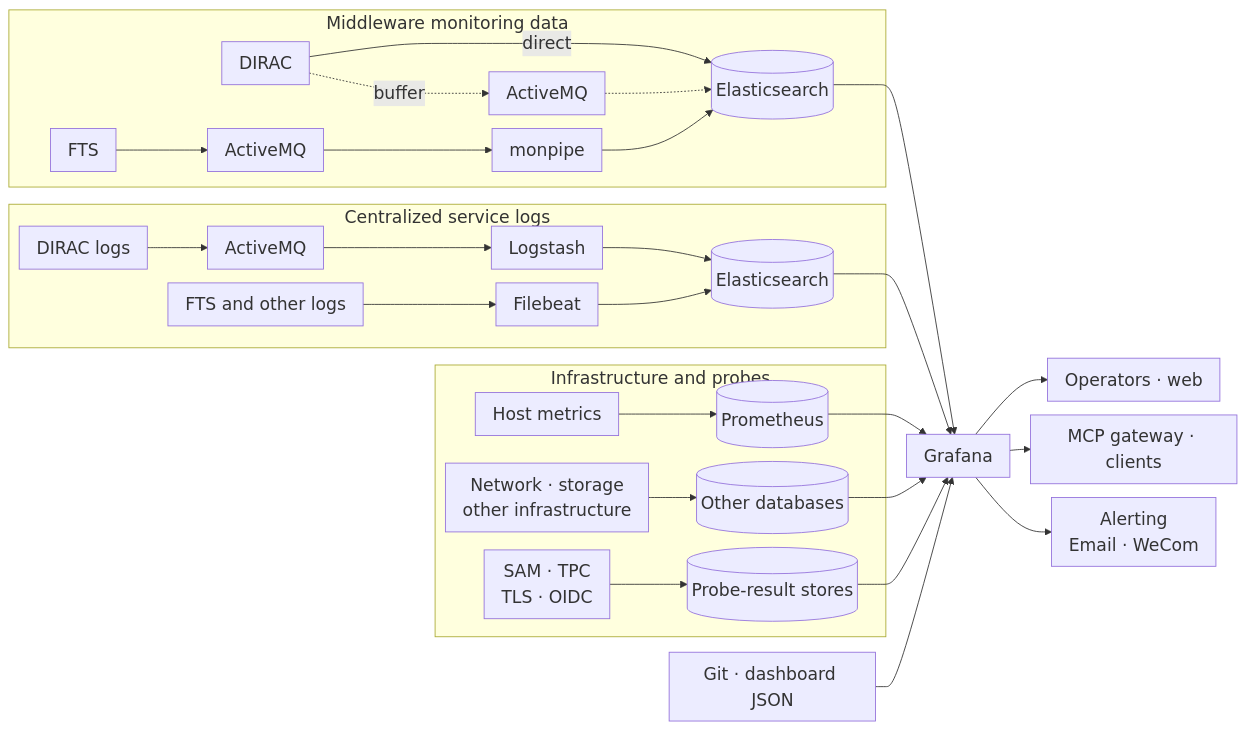
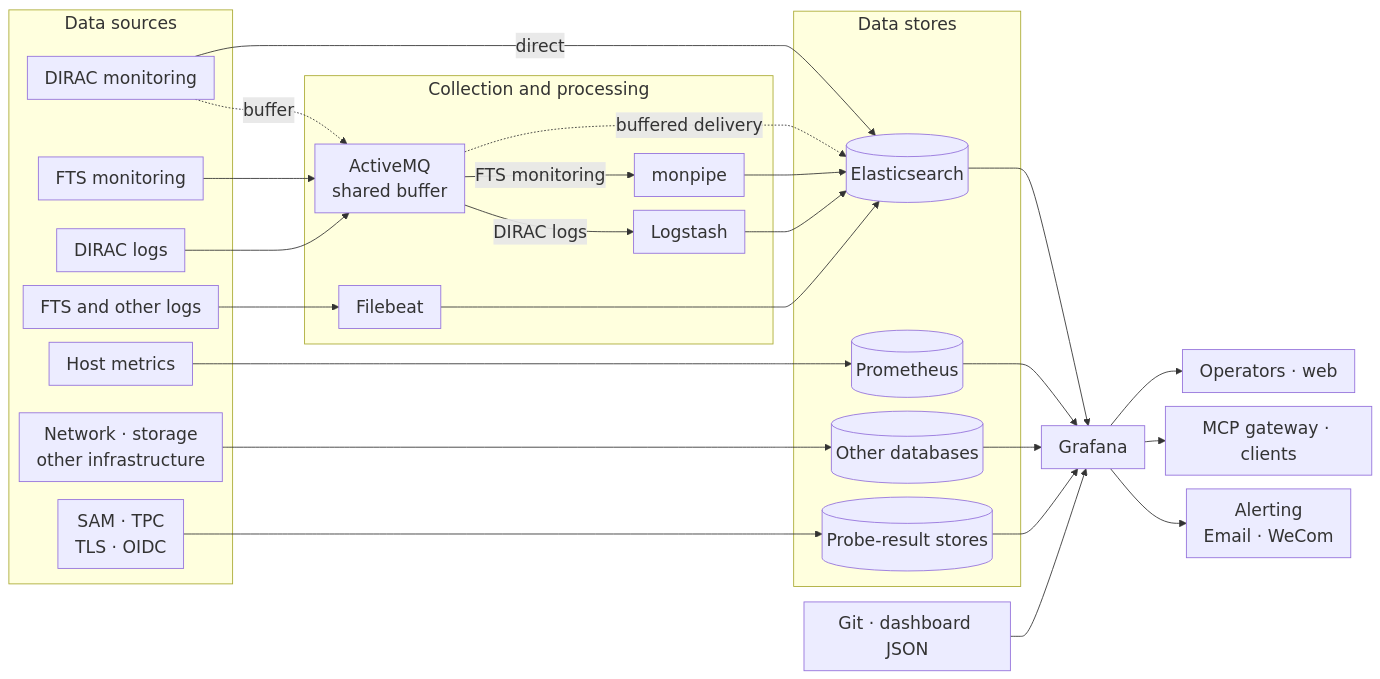
One commit to hanx-hep/2026-cepc-dci changed the first of 5 diagrams in slides.md. Above: the diagram before and after it, drawn with Mermaid. The commit also changed other lines of this file, not shown here.

Commit message:
fix: unify shared ActiveMQ and Elasticsearch architecture nodes

````diff
--- a/slides.md
+++ b/slides.md
@@ -83,28 +83,44 @@
-```mermaid {scale: 0.46}
+```mermaid {scale: 0.50}
 %%{init: {"themeVariables": {"fontSize": "20px"}, "flowchart": {"nodeSpacing": 16, "rankSpacing": 24, "padding": 10}}}%%
 flowchart LR
-    subgraph M[Middleware monitoring data]
-        D[DIRAC] -->|direct| ME[(Elasticsearch)]
-        D -. buffer .-> MB[ActiveMQ]
-        MB -.-> ME
-        F[FTS] --> MQ[ActiveMQ] --> MP[monpipe] --> ME
+    subgraph S[Data sources]
+        D[DIRAC monitoring]
+        F[FTS monitoring]
+        DL[DIRAC logs]
+        FL[FTS and other logs]
+        H[Host metrics]
+        N[Network · storage<br/>other infrastructure]
+        P[SAM · TPC<br/>TLS · OIDC]
     end
-    subgraph L[Centralized service logs]
-        DL[DIRAC logs] --> LM[ActiveMQ] --> LS[Logstash] --> LE[(Elasticsearch)]
-        FL[FTS and other logs] --> FB[Filebeat] --> LE
+    subgraph T[Collection and processing]
+        MQ[ActiveMQ<br/>shared buffer]
+        MP[monpipe]
+        LS[Logstash]
+        FB[Filebeat]
     end
-    subgraph I[Infrastructure and probes]
-        H[Host metrics] --> PR[(Prometheus)]
-        N[Network · storage<br/>other infrastructure] --> DB[(Other databases)]
-        P[SAM · TPC<br/>TLS · OIDC] --> PD[(Probe-result stores)]
+    subgraph B[Data stores]
+        ES[(Elasticsearch)]
+        PR[(Prometheus)]
+        DB[(Other databases)]
+        PD[(Probe-result stores)]
     end
-    ME --> G[Grafana]
-    LE --> G
+    D -->|direct| ES
+    D -. buffer .-> MQ
+    MQ -. buffered delivery .-> ES
+    F --> MQ
+    DL --> MQ
+    MQ -->|FTS monitoring| MP --> ES
+    MQ -->|DIRAC logs| LS --> ES
+    FL --> FB --> ES
+    H --> PR
+    N --> DB
+    P --> PD
+    ES --> G[Grafana]
     PR --> G
     DB --> G
     PD --> G
     J[Git · dashboard JSON] --> G
     G --> O[Operators · web]
     G --> C[MCP gateway · clients]
     G --> A[Alerting<br/>Email · WeCom]
 ```
````
